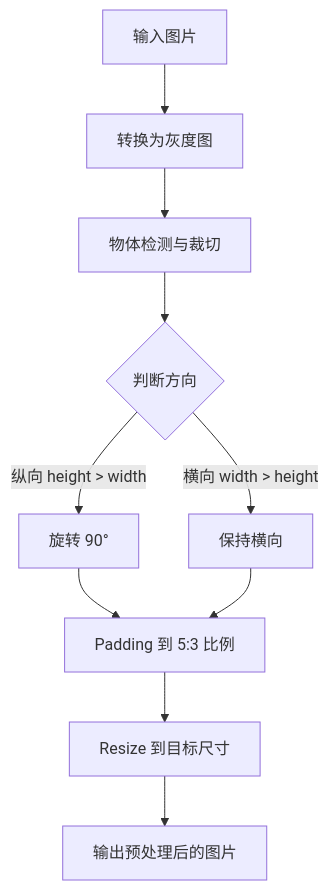
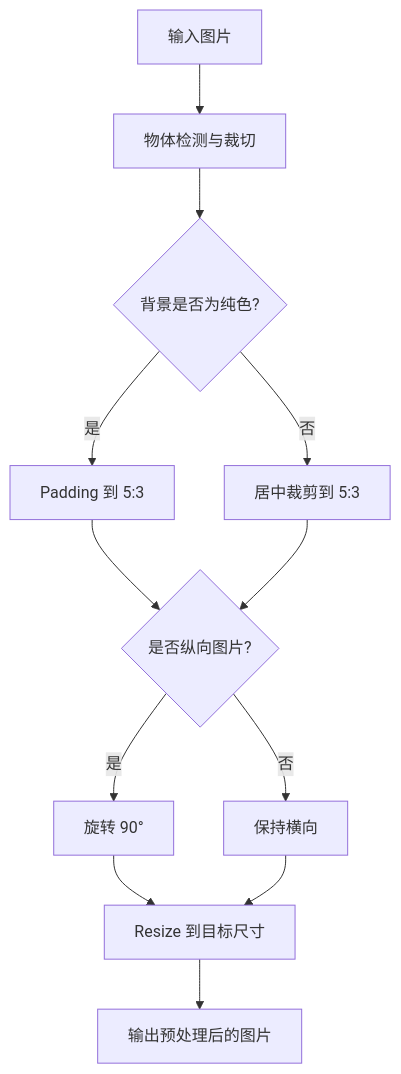
The first of 3 diagrams in README.md (asinkLuno/gEInk), drawn with Mermaid before and after one commit. The commit also changed other lines of this file, not shown here.

Commit message:
docs: 更新预处理流程图以匹配实际代码
WHAT: 更新 README.md 中的 preprocess 处理流程图
WHY: 原有流程图描述与实际代码不符（实际不转换灰度图，而是处理背景后旋转再 Resize）
HOW: 根据 preprocess_toolkit.py 的实际逻辑重写流程图

````diff
--- a/README.md
+++ b/README.md
@@ -13,12 +13,14 @@
 ```mermaid
 flowchart TD
-    A[输入图片] --> B[转换为灰度图]
-    B --> C[物体检测与裁切]
-    C --> D{判断方向}
-    D -->|纵向 height > width| E[旋转 90°]
-    D -->|横向 width > height| F[保持横向]
-    E --> G[Padding 到 5:3 比例]
-    F --> G
-    G --> H[Resize 到目标尺寸]
-    H --> I[输出预处理后的图片]
+    A[输入图片] --> B[物体检测与裁切]
+    B --> C{背景是否为纯色?}
+    C -->|是| D[Padding 到 5:3]
+    C -->|否| E[居中裁剪到 5:3]
+    D --> F{是否纵向图片?}
+    E --> F
+    F -->|是| G[旋转 90°]
+    F -->|否| H[保持横向]
+    G --> I[Resize 到目标尺寸]
+    H --> I
+    I --> J[输出预处理后的图片]
 ```
````
